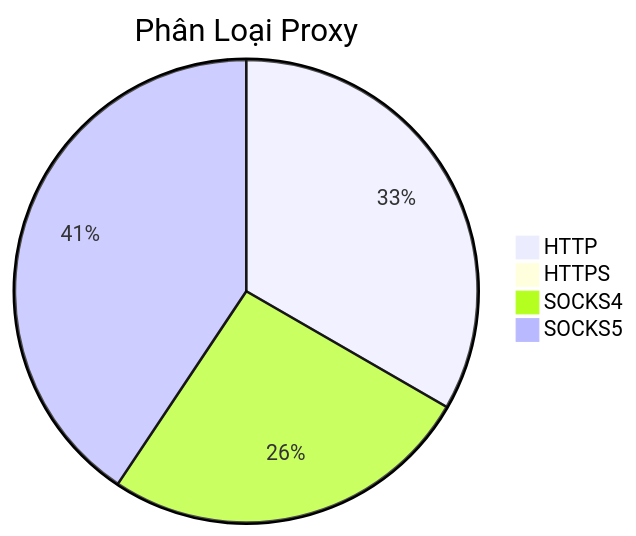
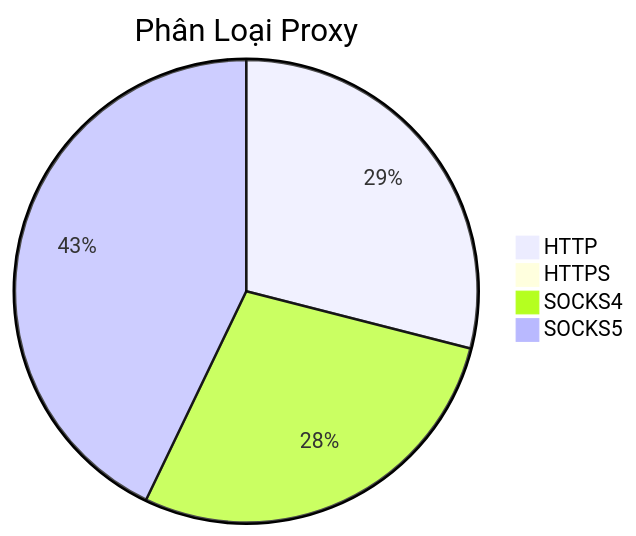
One commit to Ciara-12/PROXY-free changed the diagram in README.md. Above: the diagram before and after it, drawn with Mermaid. The commit also changed other lines of this file and 3 other files, not shown here.

````diff
--- a/README.md
+++ b/README.md
@@ -26,7 +26,7 @@
 ```mermaid
 pie title Phân Loại Proxy
-    "HTTP" : 684
+    "HTTP" : 488
     "HTTPS" : 0
-    "SOCKS4" : 534
-    "SOCKS5" : 834
+    "SOCKS4" : 474
+    "SOCKS5" : 722
 ```
````
